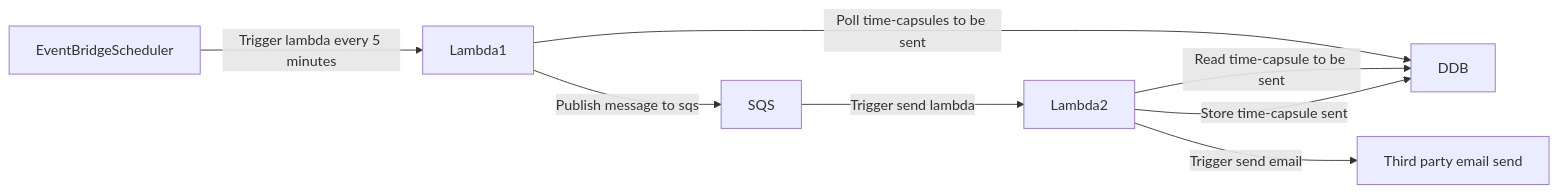
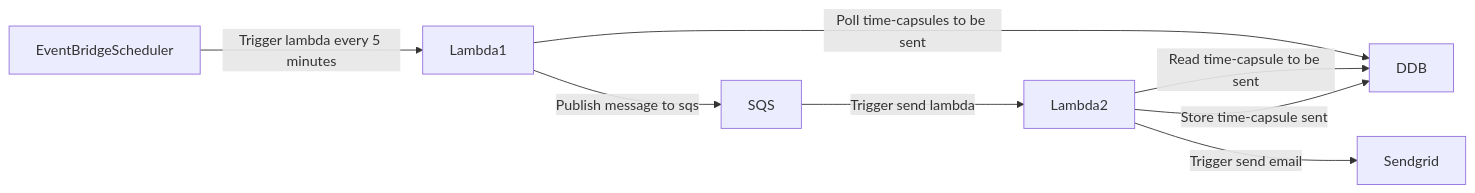
One commit to GautierBlandin/time-capsule changed the third of 3 diagrams in docs/specifications.md. Above: the diagram before and after it, drawn with Mermaid. The commit also changed other lines of this file and 1 other file, not shown here.

Commit message:
docs: update manual steps and spec to include SendGrid

````diff
--- a/docs/specifications.md
+++ b/docs/specifications.md
@@ -41,10 +41,10 @@
 ```mermaid
 flowchart LR
     EventBridgeScheduler --Trigger lambda every 5 minutes-->Lambda1
     Lambda1 --Poll time-capsules to be sent--> DDB
     Lambda1 --Publish message to sqs--> SQS
     SQS --Trigger send lambda--> Lambda2
     Lambda2 --Read time-capsule to be sent--> DDB
-    Lambda2 --Trigger send email--> ThirdParty[Third party email send]
+    Lambda2 --Trigger send email--> Sendgrid[Sendgrid]
     Lambda2 --Store time-capsule sent--> DDB
 ```
````
